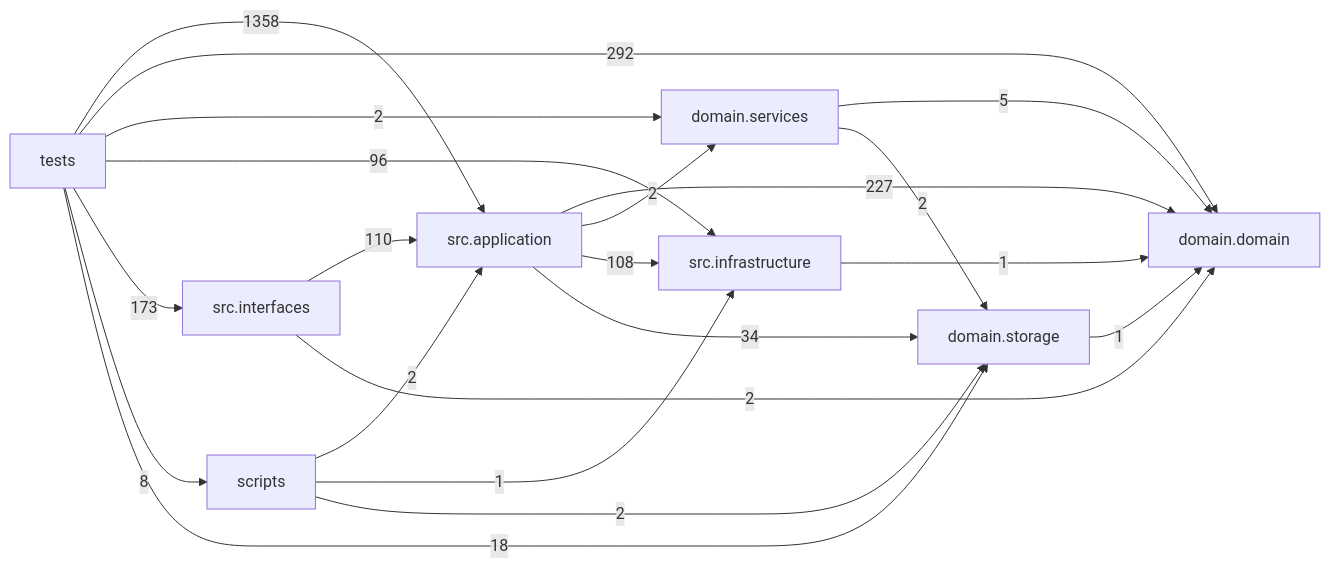
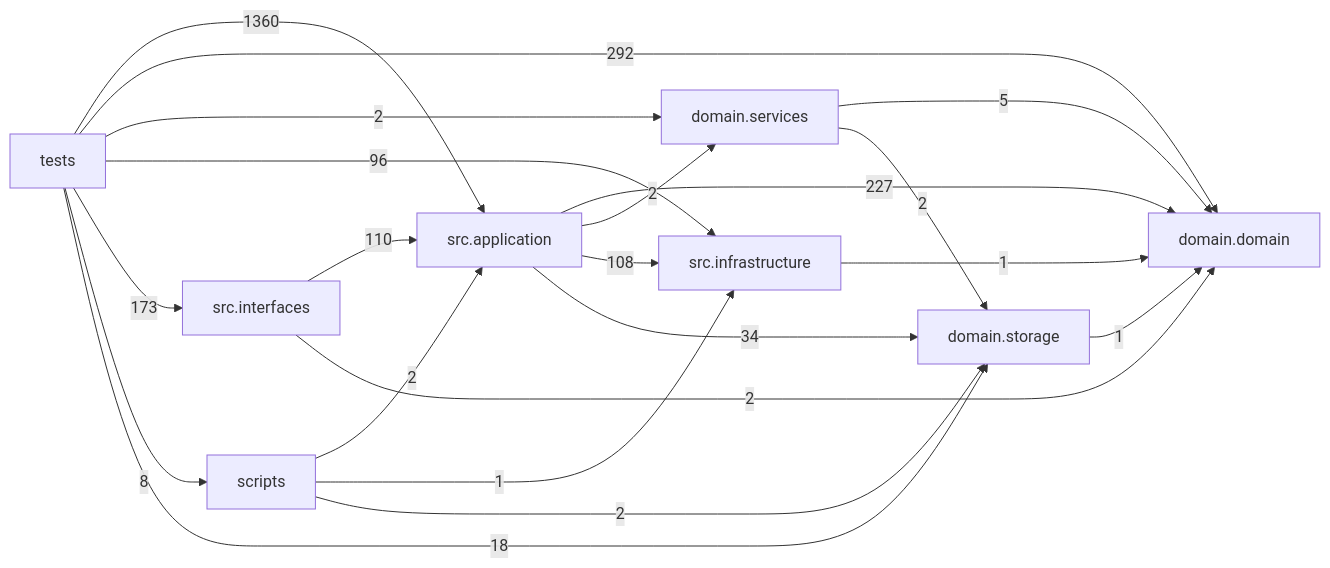
The diagram in docs/DEPENDENCY_GRAPH.md (liuxie066/options-monitor), drawn with Mermaid before and after one commit. The commit also changed other lines of this file and 36 other files, not shown here.

````diff
--- a/docs/DEPENDENCY_GRAPH.md
+++ b/docs/DEPENDENCY_GRAPH.md
@@ -24,31 +24,31 @@
 ```mermaid
 flowchart LR
   tests["tests"]
   scripts["scripts"]
   interfaces["src.interfaces"]
   application["src.application"]
   infrastructure["src.infrastructure"]
   domain_services["domain.services"]
   domain["domain.domain"]
   storage["domain.storage"]
   application -->|227| domain
   application -->|2| domain_services
   application -->|108| infrastructure
   application -->|34| storage
   domain_services -->|5| domain
   domain_services -->|2| storage
   infrastructure -->|1| domain
   interfaces -->|110| application
   interfaces -->|2| domain
   scripts -->|2| application
   scripts -->|1| infrastructure
   scripts -->|2| storage
   storage -->|1| domain
-  tests -->|1358| application
+  tests -->|1360| application
   tests -->|292| domain
   tests -->|2| domain_services
   tests -->|96| infrastructure
   tests -->|173| interfaces
   tests -->|8| scripts
   tests -->|18| storage
 ```
````
